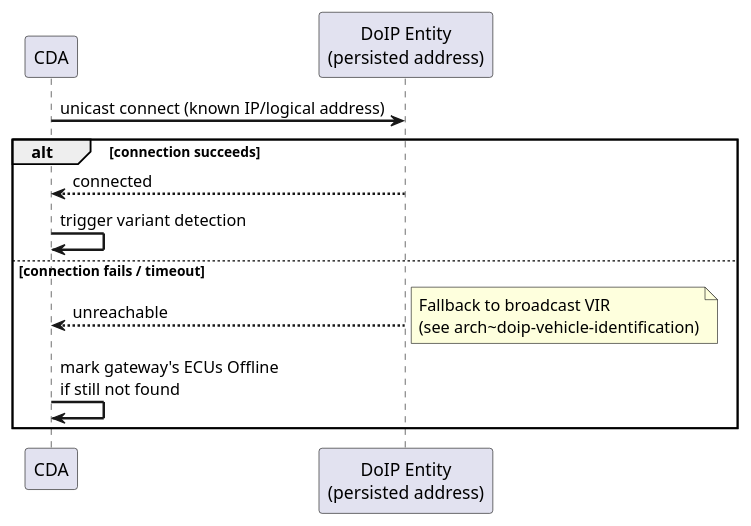
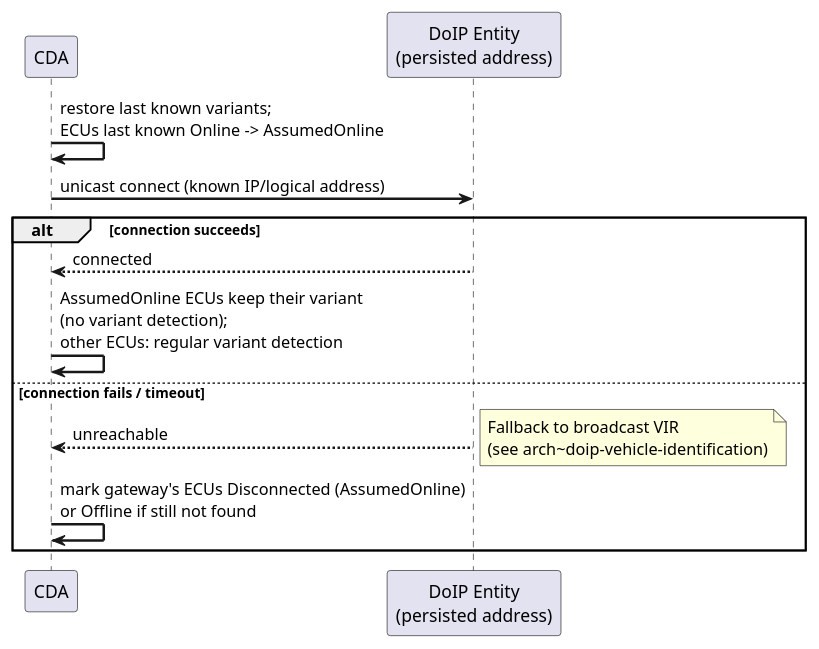
One commit to eclipse-opensovd/classic-diagnostic-adapter changed the fourth of 8 diagrams in docs/03_architecture/04_diagnostic_tester.rst. Above: the diagram before and after it, drawn with PlantUML. The commit also changed other lines of this file and 54 other files, not shown here.

```diff
--- a/docs/03_architecture/04_diagnostic_tester.rst
+++ b/docs/03_architecture/04_diagnostic_tester.rst
@@ -458,20 +502,21 @@
     .. uml::
         :caption: WhenNotPersisted -- Reconnect to a Persisted Gateway
 
         @startuml
         skinparam backgroundColor #FFFFFF
         skinparam sequenceArrowThickness 2
 
         participant "CDA" as Startup
         participant "DoIP Entity\n(persisted address)" as GW
 
+        Startup -> Startup: restore last known variants;\nECUs last known Online -> AssumedOnline
         Startup -> GW: unicast connect (known IP/logical address)
         alt connection succeeds
             GW --> Startup: connected
-            Startup -> Startup: trigger variant detection
+            Startup -> Startup: AssumedOnline ECUs keep their variant\n(no variant detection);\nother ECUs: regular variant detection
         else connection fails / timeout
             GW --> Startup: unreachable
             note right: Fallback to broadcast VIR\n(see arch~doip-vehicle-identification)
-            Startup -> Startup: mark gateway's ECUs Offline\nif still not found
+            Startup -> Startup: mark gateway's ECUs Disconnected (AssumedOnline)\nor Offline if still not found
         end
         @enduml
```
